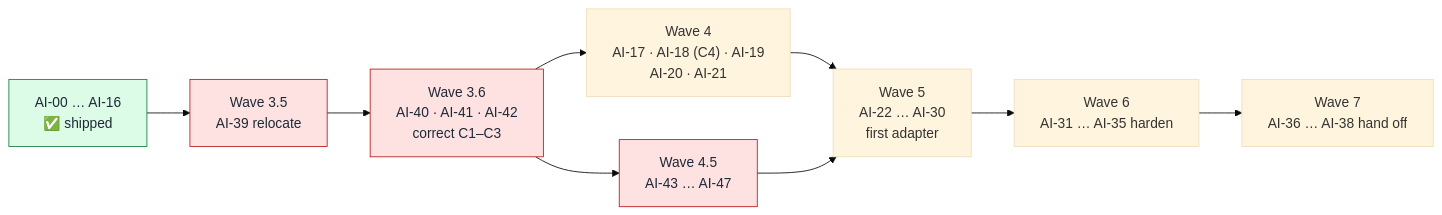
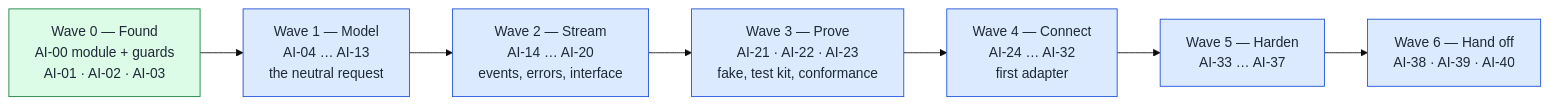
One commit to witsaba/cachicamas changed the first of 29 diagrams in docs/architecture/milestones/0002-cachicamas-ai-layer-1-task-graph.md. Above: the diagram before and after it, drawn with Mermaid (base theme). The commit also changed other lines of this file, not shown here.

First line of the commit message:
docs: rewrite Layer 1 task graph as a from-zero plan (AI-00 … AI-40)

````diff
--- a/docs/architecture/milestones/0002-cachicamas-ai-layer-1-task-graph.md
+++ b/docs/architecture/milestones/0002-cachicamas-ai-layer-1-task-graph.md
@@ -159,16 +184,14 @@
 ```mermaid
 flowchart LR
-    SHIPPED["AI-00 … AI-16<br/>✅ shipped"] --> W35["Wave 3.5<br/>AI-39 relocate"]
-    W35 --> W36["Wave 3.6<br/>AI-40 · AI-41 · AI-42<br/>correct C1–C3"]
-    W36 --> W4["Wave 4<br/>AI-17 · AI-18 (C4) · AI-19<br/>AI-20 · AI-21"]
-    W36 --> W45["Wave 4.5<br/>AI-43 … AI-47"]
-    W4 --> W5
-    W45 --> W5["Wave 5<br/>AI-22 … AI-30<br/>first adapter"]
-    W5 --> W6["Wave 6<br/>AI-31 … AI-35 harden"]
-    W6 --> W7["Wave 7<br/>AI-36 … AI-38 hand off"]
+    W0["Wave 0 — Found<br/>AI-00 module + guards<br/>AI-01 · AI-02 · AI-03"] --> W1["Wave 1 — Model<br/>AI-04 … AI-13<br/>the neutral request"]
+    W1 --> W2["Wave 2 — Stream<br/>AI-14 … AI-20<br/>events, errors, interface"]
+    W2 --> W3["Wave 3 — Prove<br/>AI-21 · AI-22 · AI-23<br/>fake, test kit, conformance"]
+    W3 --> W4["Wave 4 — Connect<br/>AI-24 … AI-32<br/>first adapter"]
+    W4 --> W5["Wave 5 — Harden<br/>AI-33 … AI-37"]
+    W5 --> W6["Wave 6 — Hand off<br/>AI-38 · AI-39 · AI-40"]
 
-    classDef done fill:#dcfce7,stroke:#15803d,color:#1f2937
-    classDef corr fill:#fee2e2,stroke:#b91c1c,color:#1f2937
-    class SHIPPED done
-    class W35,W36,W45 corr
+    classDef w fill:#dbeafe,stroke:#1d4ed8,color:#1f2937
+    classDef g fill:#dcfce7,stroke:#15803d,color:#1f2937
+    class W0 g
+    class W1,W2,W3,W4,W5,W6 w
 ```
````
